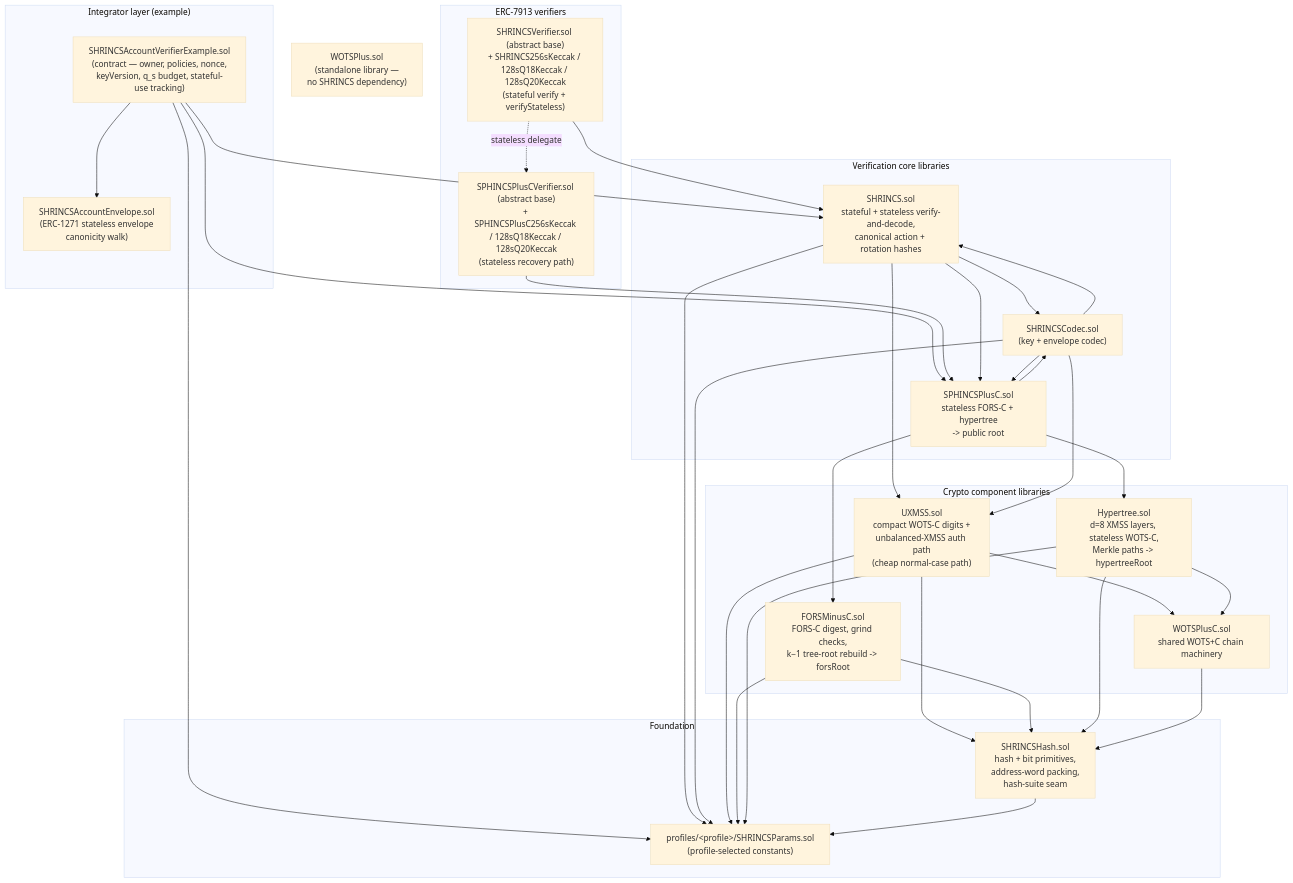
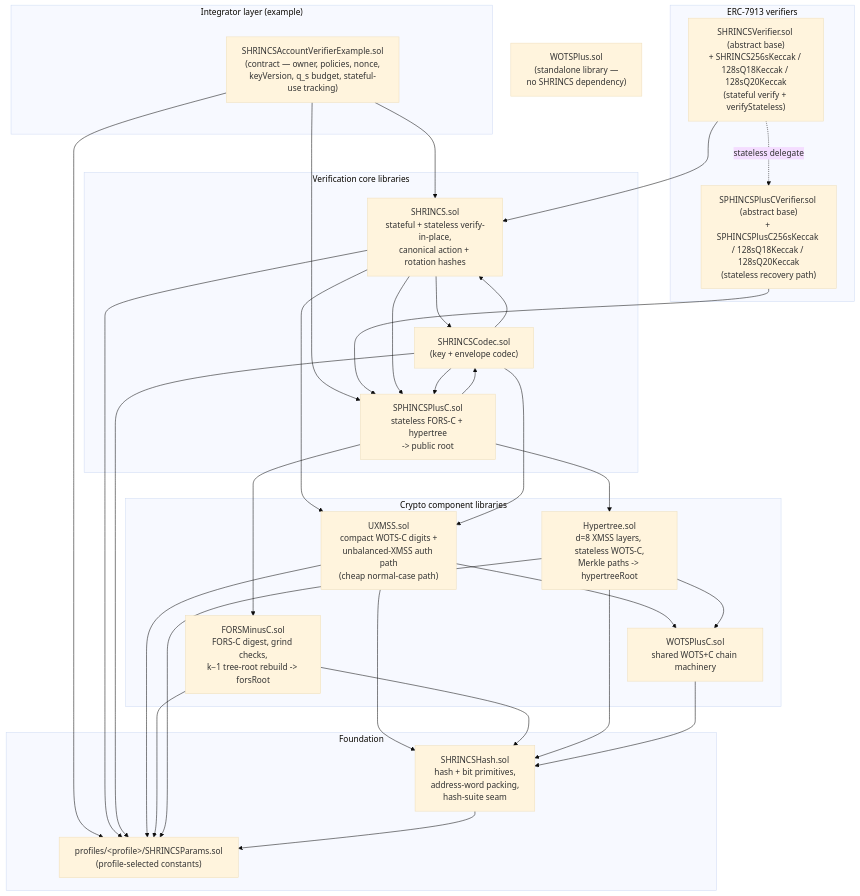
The first of 2 diagrams in README.md (QuipNetwork/hashsigs-solidity), drawn with Mermaid (base theme) before and after one commit. The commit also changed other lines of this file and 7 other files, not shown here.

````diff
--- a/README.md
+++ b/README.md
@@ -149,61 +146,59 @@
 ```mermaid
 graph TD
     subgraph "Integrator layer (example)"
         EX["SHRINCSAccountVerifierExample.sol<br/>(contract — owner, policies, nonce,<br/>keyVersion, q_s budget, stateful-use tracking)"]
-        EN["SHRINCSAccountEnvelope.sol<br/>(ERC-1271 stateless envelope<br/>canonicity walk)"]
     end
 
     subgraph "ERC-7913 verifiers"
         VF["SHRINCSVerifier.sol (abstract base)<br/>+ SHRINCS256sKeccak / 128sQ18Keccak / 128sQ20Keccak<br/>(stateful verify + verifyStateless)"]
         SP["SPHINCSPlusCVerifier.sol (abstract base)<br/>+ SPHINCSPlusC256sKeccak / 128sQ18Keccak / 128sQ20Keccak<br/>(stateless recovery path)"]
     end
 
     subgraph "Verification core libraries"
-        FA["SHRINCS.sol<br/>stateful + stateless verify-and-decode,<br/>canonical action + rotation hashes"]
+        FA["SHRINCS.sol<br/>stateful + stateless verify-in-place,<br/>canonical action + rotation hashes"]
         SC["SPHINCSPlusC.sol<br/>stateless FORS-C + hypertree<br/>-> public root"]
         CO["SHRINCSCodec.sol<br/>(key + envelope codec)"]
     end
 
     subgraph "Crypto component libraries"
         ST["UXMSS.sol<br/>compact WOTS-C digits +<br/>unbalanced-XMSS auth path<br/>(cheap normal-case path)"]
         FO["FORSMinusC.sol<br/>FORS-C digest, grind checks,<br/>k−1 tree-root rebuild -> forsRoot"]
         HY["Hypertree.sol<br/>d=8 XMSS layers, stateless WOTS-C,<br/>Merkle paths -> hypertreeRoot"]
         WC["WOTSPlusC.sol<br/>shared WOTS+C chain machinery"]
     end
 
     subgraph "Foundation"
         HH["SHRINCSHash.sol<br/>hash + bit primitives,<br/>address-word packing,<br/>hash-suite seam"]
         PA["profiles/&lt;profile&gt;/SHRINCSParams.sol<br/>(profile-selected constants)"]
     end
 
     WP["WOTSPlus.sol<br/>(standalone library —<br/>no SHRINCS dependency)"]
 
     EX --> FA
     EX --> SC
     EX --> PA
-    EX --> EN
     VF --> FA
     VF -. stateless delegate .-> SP
     SP --> SC
     FA --> CO
     FA --> ST
     FA --> SC
     FA --> PA
     CO --> FA
     CO --> ST
     CO --> SC
     CO --> PA
     SC --> FO
     SC --> HY
     SC --> CO
     ST --> WC
     ST --> HH
     ST --> PA
     FO --> HH
     FO --> PA
     HY --> WC
     HY --> HH
     HY --> PA
     WC --> HH
     HH --> PA
 ```
````
